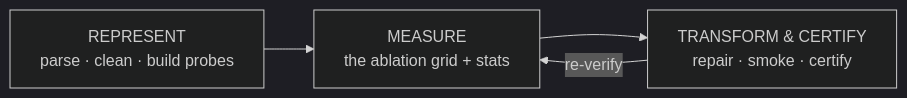
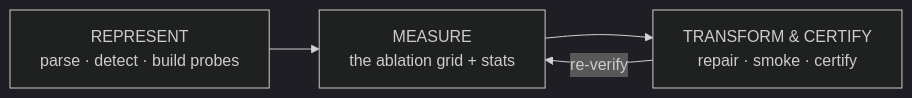
The first of 9 diagrams in DESIGN.md (internet-zero/hypergeometric-ai), drawn with Mermaid (dark theme) before and after one commit. The commit also changed other lines of this file, not shown here.

````diff
--- a/DESIGN.md
+++ b/DESIGN.md
@@ -74,6 +88,6 @@
 ```mermaid
 flowchart LR
-    P1["REPRESENT<br/>parse · clean · build probes"] --> P2["MEASURE<br/>the ablation grid + stats"]
+    P1["REPRESENT<br/>parse · detect · build probes"] --> P2["MEASURE<br/>the ablation grid + stats"]
     P2 --> P3["TRANSFORM & CERTIFY<br/>repair · smoke · certify"]
     P3 -- "re-verify" --> P2
 ```
````
